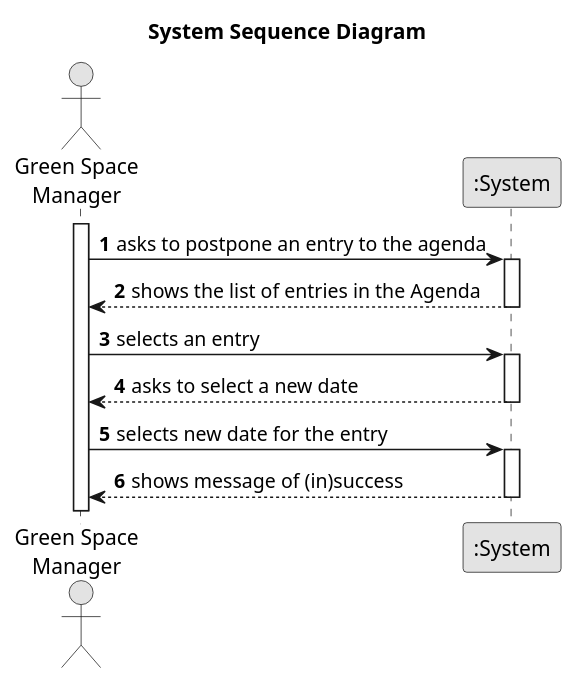
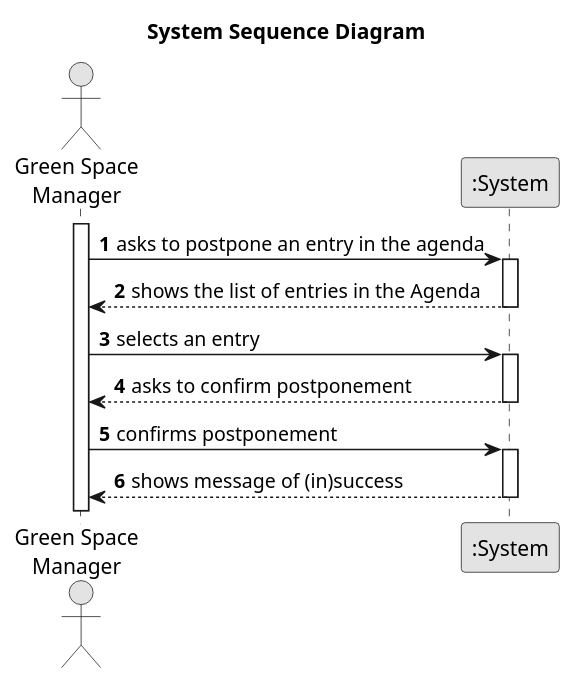
One commit to RicardoMorim/lapr2-ISEP-Project changed the diagram in docs/sprintC/us024/01.requirements-engineering/puml/us024-alternative-one.puml. Above: the diagram before and after it, drawn with PlantUML. The commit also changed 3 other files, not shown here.

```diff
--- a/docs/sprintC/us024/01.requirements-engineering/puml/us024-alternative-one.puml
+++ b/docs/sprintC/us024/01.requirements-engineering/puml/us024-alternative-one.puml
@@ -1,33 +1,33 @@
 @startuml
 skinparam monochrome true
 skinparam packageStyle rectangle
 skinparam shadowing false
 
 title System Sequence Diagram
 
 autonumber
 
 actor "Green Space\nManager" as Employee
 participant ":System" as System
 
 activate Employee
 
-    Employee -> System : asks to postpone an entry to the agenda
+    Employee -> System : asks to postpone an entry in the agenda
     activate System
 
     System --> Employee : shows the list of entries in the Agenda
     deactivate System
 
     Employee -> System : selects an entry
     activate System
 
-    System --> Employee : asks to select a new date
+    System --> Employee : asks to confirm postponement
     deactivate System
 
-    Employee -> System : selects new date for the entry
+    Employee -> System : confirms postponement
     activate System
 
     System --> Employee : shows message of (in)success
     deactivate System
 
 @enduml
```
